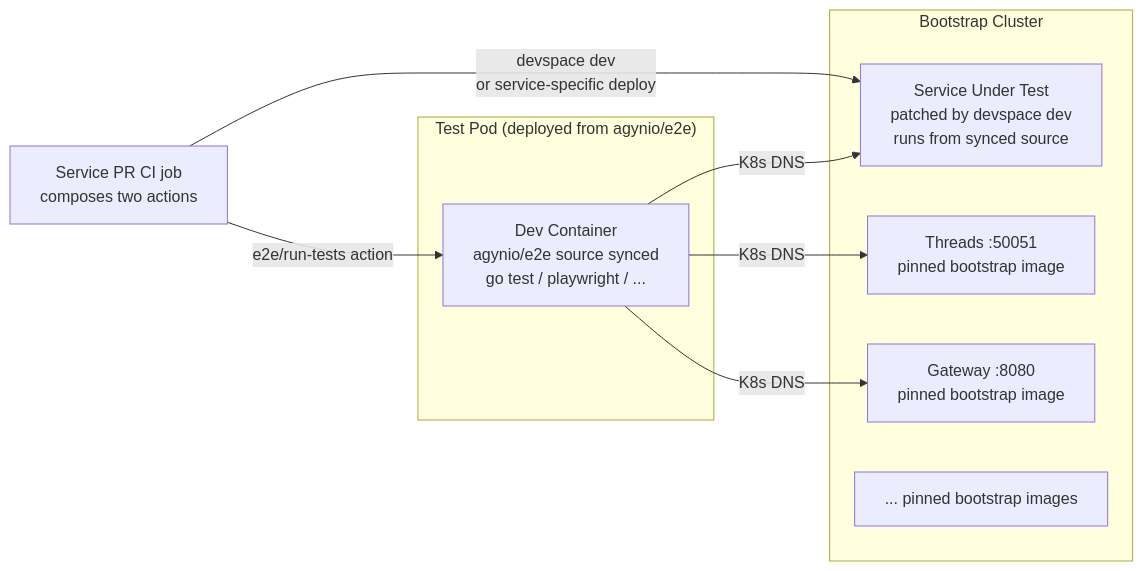
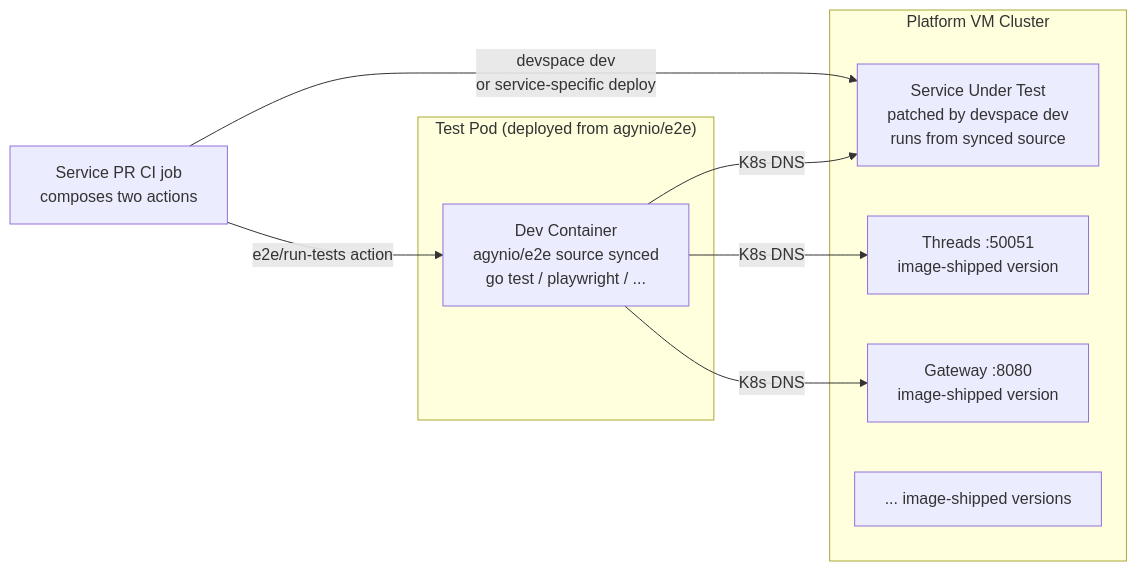
Before and after one commit to agynio/architecture: the first of 2 diagrams in architecture/operations/e2e-testing.md, drawn with Mermaid. The commit also changed other lines of this file and 2 other files, not shown here.

Commit message:
Migrate from bootstrap to vm

````diff
--- a/architecture/operations/e2e-testing.md
+++ b/architecture/operations/e2e-testing.md
@@ -21,19 +21,19 @@
 ```mermaid
 graph LR
-    subgraph "Bootstrap Cluster"
+    subgraph "Platform VM Cluster"
         SVC1[Service Under Test<br/>patched by devspace dev<br/>runs from synced source]
-        SVC2[Threads :50051<br/>pinned bootstrap image]
-        SVC3[Gateway :8080<br/>pinned bootstrap image]
-        SVCN[... pinned bootstrap images]
+        SVC2[Threads :50051<br/>image-shipped version]
+        SVC3[Gateway :8080<br/>image-shipped version]
+        SVCN[... image-shipped versions]
     end
 
     subgraph "Test Pod (deployed from agynio/e2e)"
         TC[Dev Container<br/>agynio/e2e source synced<br/>go test / playwright / ...]
     end
 
     CI[Service PR CI job<br/>composes two actions] -->|devspace dev<br/>or service-specific deploy| SVC1
     CI -->|e2e/run-tests action| TC
     TC -->|K8s DNS| SVC1
     TC -->|K8s DNS| SVC2
     TC -->|K8s DNS| SVC3
 ```
````
